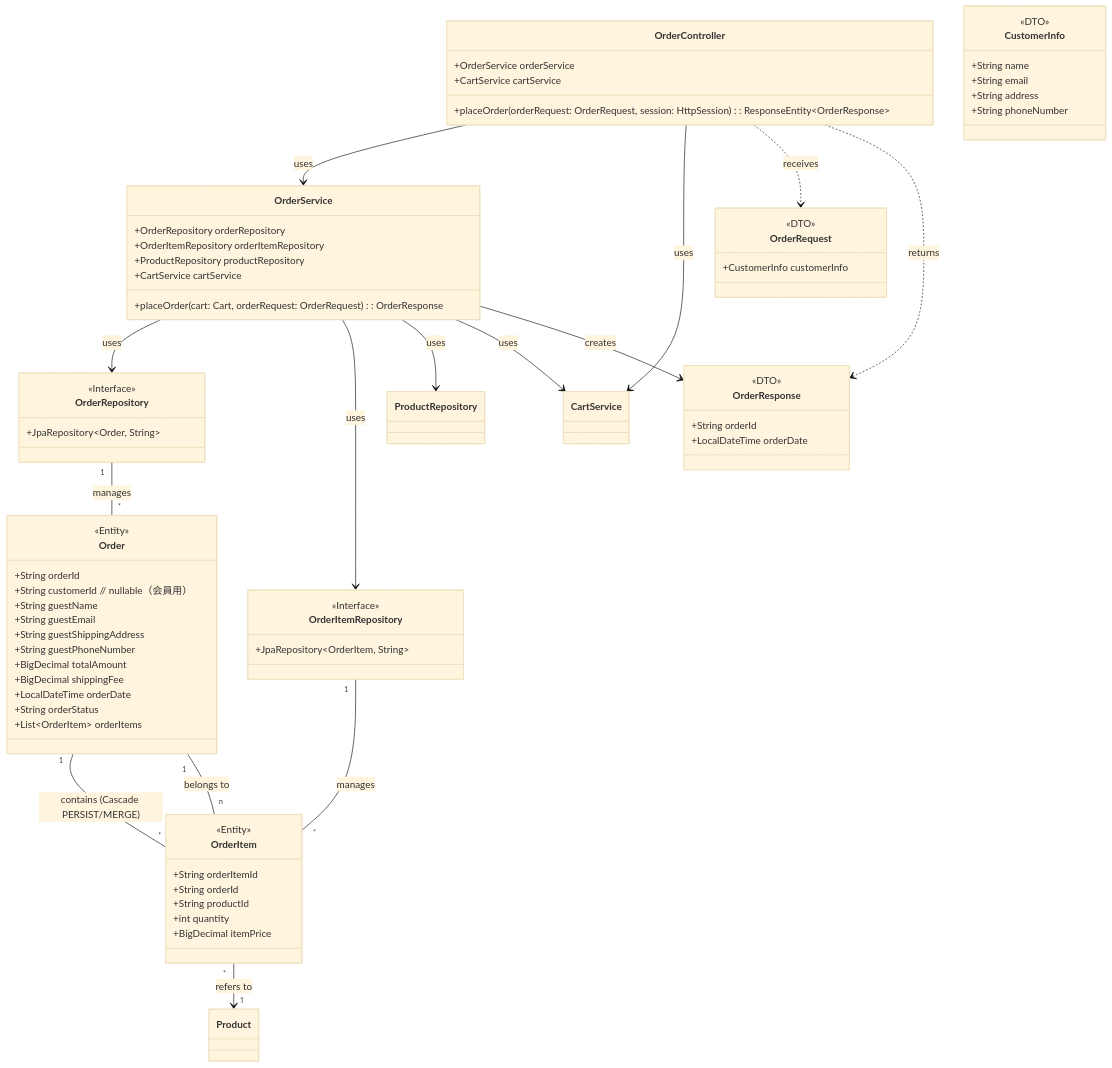
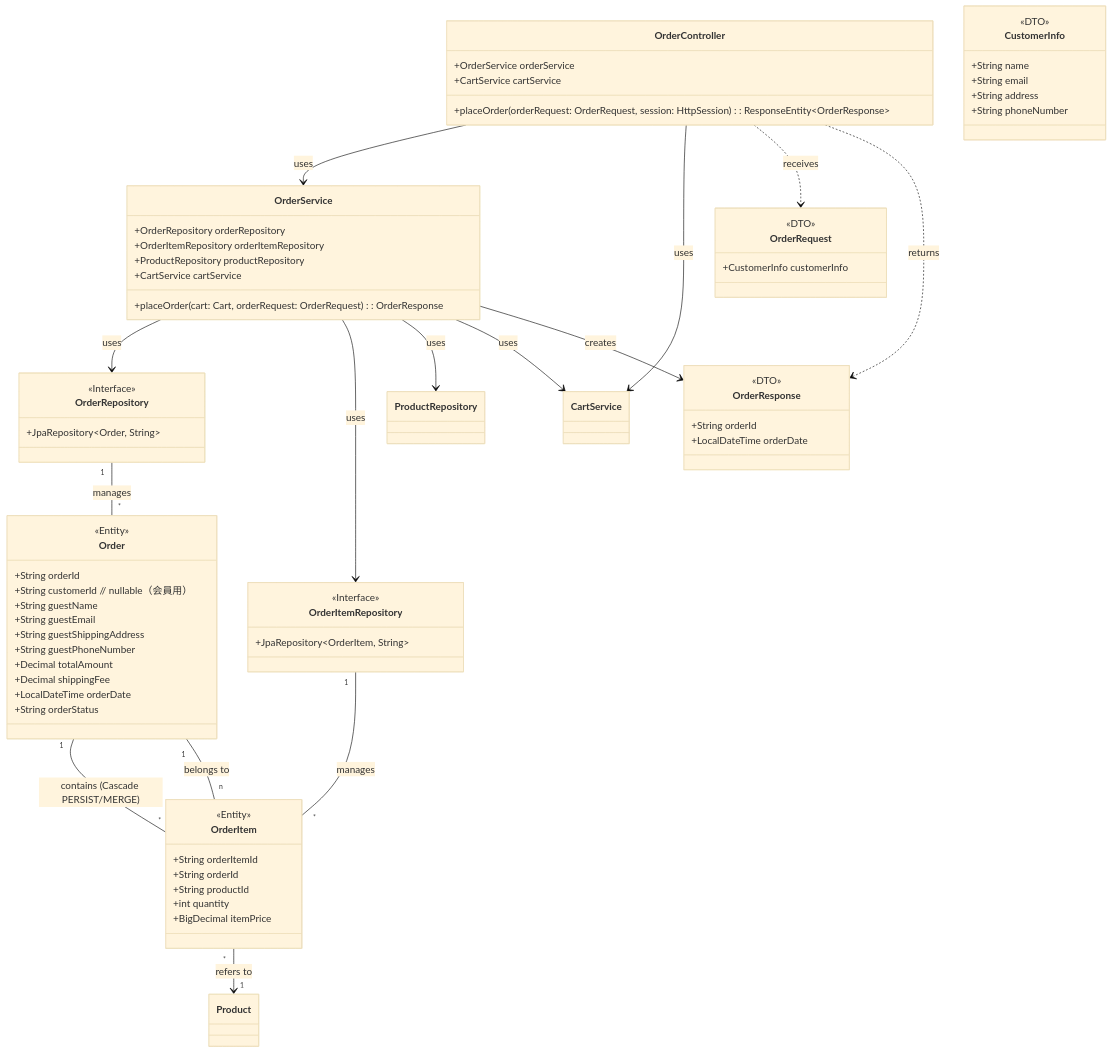
The third of 4 diagrams in 基本設計/はじめに.md (ainaga09/ACE), drawn with Mermaid (base theme) before and after one commit.

Commit message:
あいう

```diff
--- a/基本設計/はじめに.md
+++ b/基本設計/はじめに.md
@@ -245,11 +245,10 @@
     +String guestEmail
     +String guestShippingAddress
     +String guestPhoneNumber
-    +BigDecimal totalAmount
-    +BigDecimal shippingFee
+    +Decimal totalAmount
+    +Decimal shippingFee
     +LocalDateTime orderDate
     +String orderStatus
-    +List~OrderItem~ orderItems
 }
  
 class OrderItem {
```
